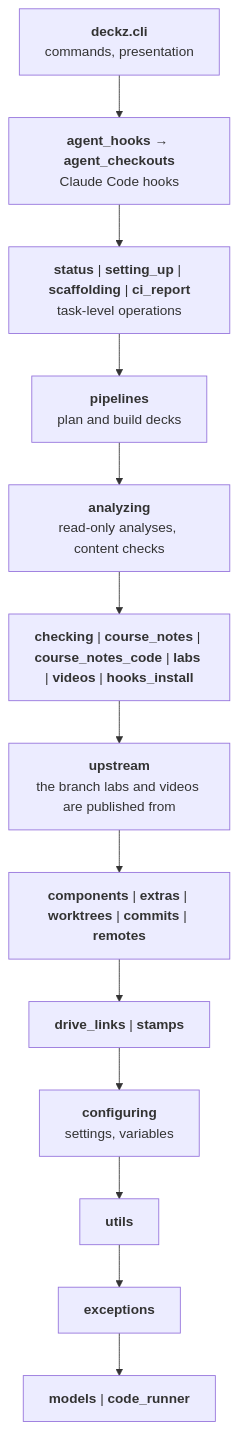
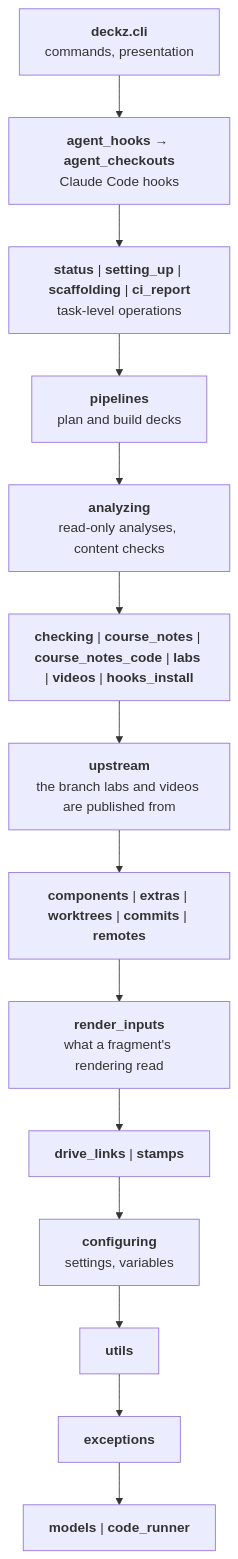
The second of 2 diagrams in docs/architecture/index.md (shuuchuu/deckz), drawn with Mermaid before and after one commit. The commit also changed 20 other files, not shown here.

First line of the commit message:
Render a fragment again when a file its rendering read changes

````diff
--- a/docs/architecture/index.md
+++ b/docs/architecture/index.md
@@ -60,17 +60,18 @@
 ```mermaid
 flowchart TB
     cli["<b>deckz.cli</b><br/>commands, presentation"]
     agent["<b>agent_hooks</b> → <b>agent_checkouts</b><br/>Claude Code hooks"]
     tasks["<b>status</b> | <b>setting_up</b> | <b>scaffolding</b> | <b>ci_report</b><br/>task-level operations"]
     pipelines["<b>pipelines</b><br/>plan and build decks"]
     analyzing["<b>analyzing</b><br/>read-only analyses, content checks"]
     mid["<b>checking</b> | <b>course_notes</b> | <b>course_notes_code</b> | <b>labs</b> | <b>videos</b> | <b>hooks_install</b>"]
     upstream["<b>upstream</b><br/>the branch labs and videos are published from"]
     components["<b>components</b> | <b>extras</b> | <b>worktrees</b> | <b>commits</b> | <b>remotes</b>"]
+    inputs["<b>render_inputs</b><br/>what a fragment's rendering read"]
     low["<b>drive_links</b> | <b>stamps</b>"]
     configuring["<b>configuring</b><br/>settings, variables"]
     utils["<b>utils</b>"]
     exceptions["<b>exceptions</b>"]
     models["<b>models</b> | <b>code_runner</b>"]
-    cli --> agent --> tasks --> pipelines --> analyzing --> mid --> upstream --> components --> low --> configuring --> utils --> exceptions --> models
+    cli --> agent --> tasks --> pipelines --> analyzing --> mid --> upstream --> components --> inputs --> low --> configuring --> utils --> exceptions --> models
 ```
````
